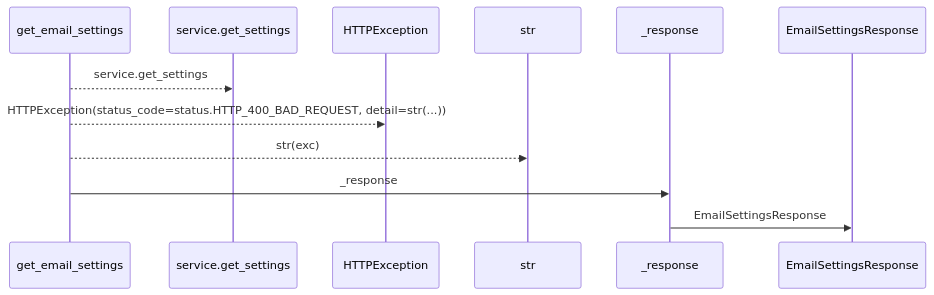
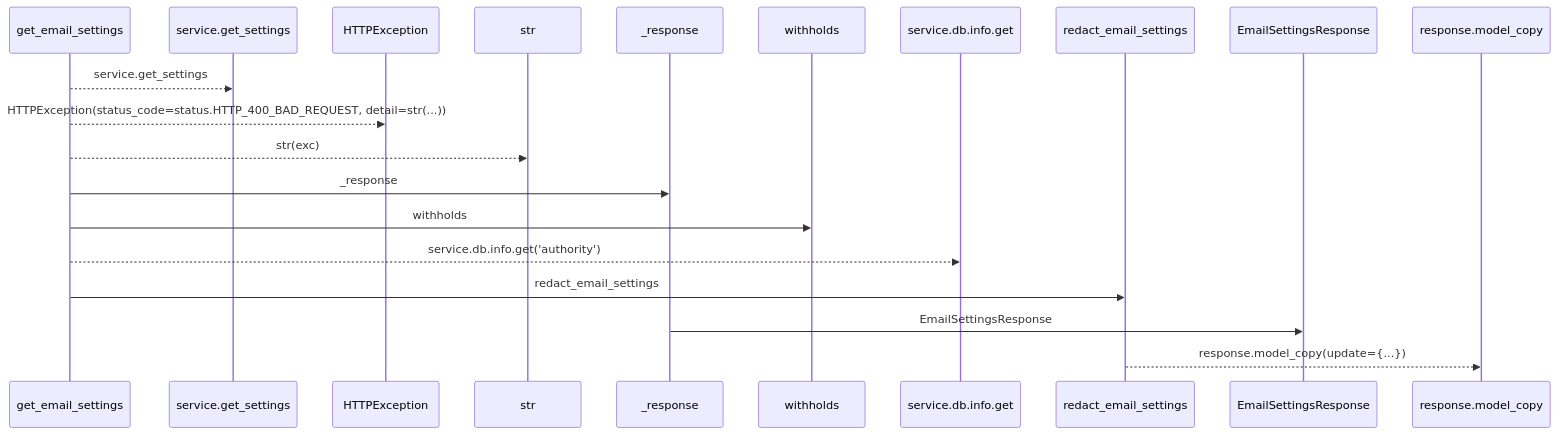
Before and after one commit to Denissvgn/WorkChord: the first of 2 diagrams in docs/llm_wiki/flows/http-get_email_settings.md, drawn with Mermaid. The commit also changed other lines of this file and 524 other files, not shown here.

````diff
--- a/docs/llm_wiki/flows/http-get_email_settings.md
+++ b/docs/llm_wiki/flows/http-get_email_settings.md
@@ -12,14 +12,22 @@
 ```mermaid
 sequenceDiagram
     participant p0 as get_email_settings
     participant p1 as service.get_settings
     participant p2 as HTTPException
     participant p3 as str
     participant p4 as _response
-    participant p5 as EmailSettingsResponse
+    participant p5 as withholds
+    participant p6 as service.db.info.get
+    participant p7 as redact_email_settings
+    participant p8 as EmailSettingsResponse
+    participant p9 as response.model_copy
     p0-->>p1: service.get_settings
     p0-->>p2: HTTPException(status_code=status.HTTP_400_BAD_REQUEST, detail=str(...))
     p0-->>p3: str(exc)
     p0->>p4: _response
-    p4->>p5: EmailSettingsResponse
+    p0->>p5: withholds
+    p0-->>p6: service.db.info.get('authority')
+    p0->>p7: redact_email_settings
+    p4->>p8: EmailSettingsResponse
+    p7-->>p9: response.model_copy(update={...})
 ```
````
